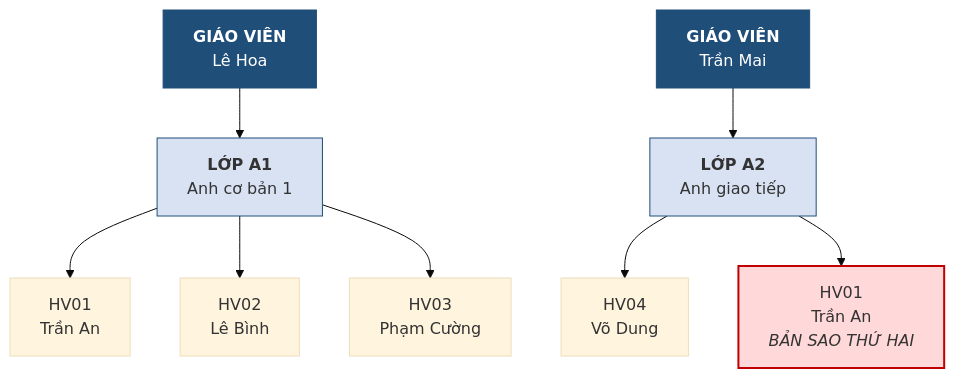
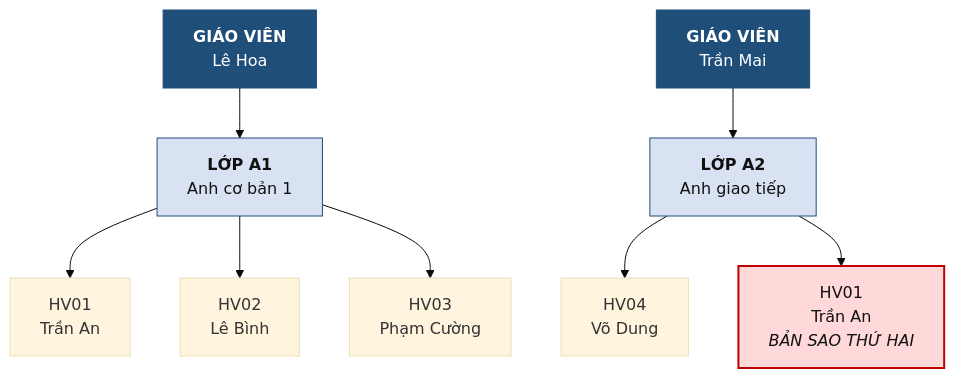
The first of 4 diagrams in docs/chuong-1/1-4-mo-hinh-du-lieu-luoc-do-va-the-hien.md (CuongNguyenDAU/csdl-dbs201), drawn with Mermaid (base theme) before and after one commit. The commit also changed other lines of this file and 123 other files, not shown here.

Commit message:
Cập nhật bài giảng v7: sơ đồ ER ký pháp Chen, hình minh họa tự vẽ, mở rộng toàn diện Chương 5 và bổ sung lời giải A4, B5

````diff
--- a/docs/chuong-1/1-4-mo-hinh-du-lieu-luoc-do-va-the-hien.md
+++ b/docs/chuong-1/1-4-mo-hinh-du-lieu-luoc-do-va-the-hien.md
@@ -47,15 +43,15 @@
 ```mermaid
 flowchart TB
     GV1["<b>GIÁO VIÊN</b><br/>Lê Hoa"] --> L1["<b>LỚP A1</b><br/>Anh cơ bản 1"]
     GV2["<b>GIÁO VIÊN</b><br/>Trần Mai"] --> L2["<b>LỚP A2</b><br/>Anh giao tiếp"]
     L1 --> H1["HV01<br/>Trần An"]
     L1 --> H2["HV02<br/>Lê Bình"]
     L1 --> H3["HV03<br/>Phạm Cường"]
     L2 --> H4["HV04<br/>Võ Dung"]
     L2 --> H1B["HV01<br/>Trần An<br/><i>BẢN SAO THỨ HAI</i>"]
-    style GV1 fill:#1F4E79,color:#fff,stroke:#1F4E79
-    style GV2 fill:#1F4E79,color:#fff,stroke:#1F4E79
-    style L1 fill:#D9E2F3,stroke:#1F4E79
-    style L2 fill:#D9E2F3,stroke:#1F4E79
-    style H1B fill:#FFD9D9,stroke:#C00000,stroke-width:2px
+    style GV1 fill:#1F4E79,color:#ffffff,stroke:#1F4E79
+    style GV2 fill:#1F4E79,color:#ffffff,stroke:#1F4E79
+    style L1 fill:#D9E2F3,stroke:#1F4E79,color:#111111
+    style L2 fill:#D9E2F3,stroke:#1F4E79,color:#111111
+    style H1B fill:#FFD9D9,stroke:#C00000,stroke-width:2px,color:#111111
 ```
````
